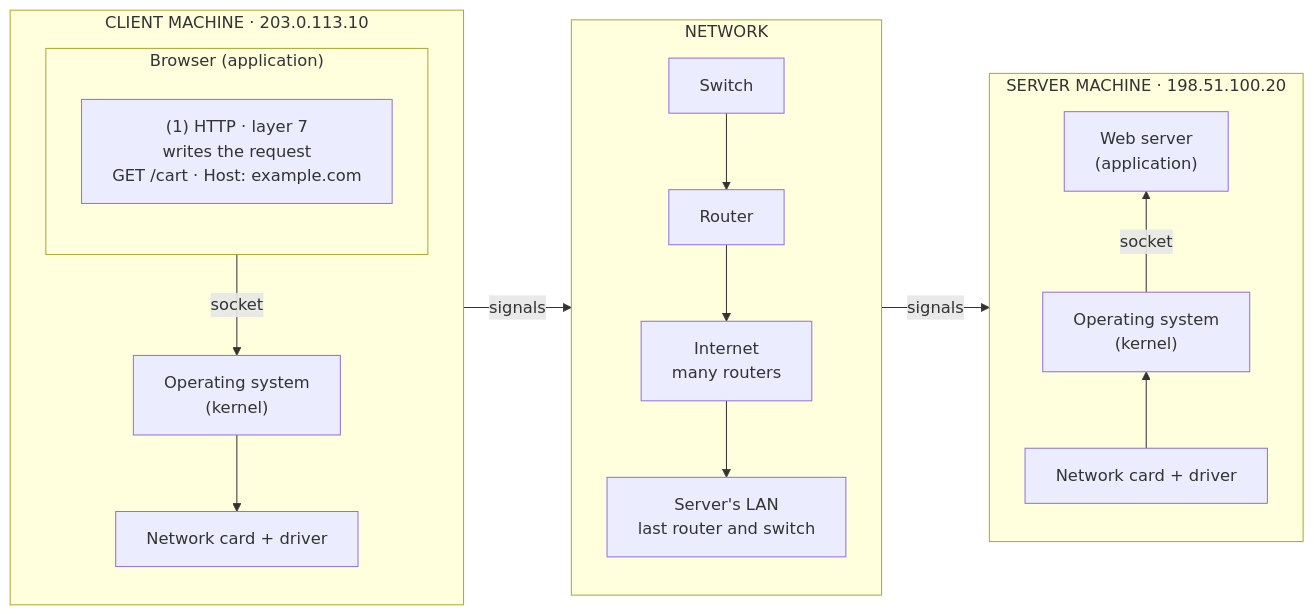
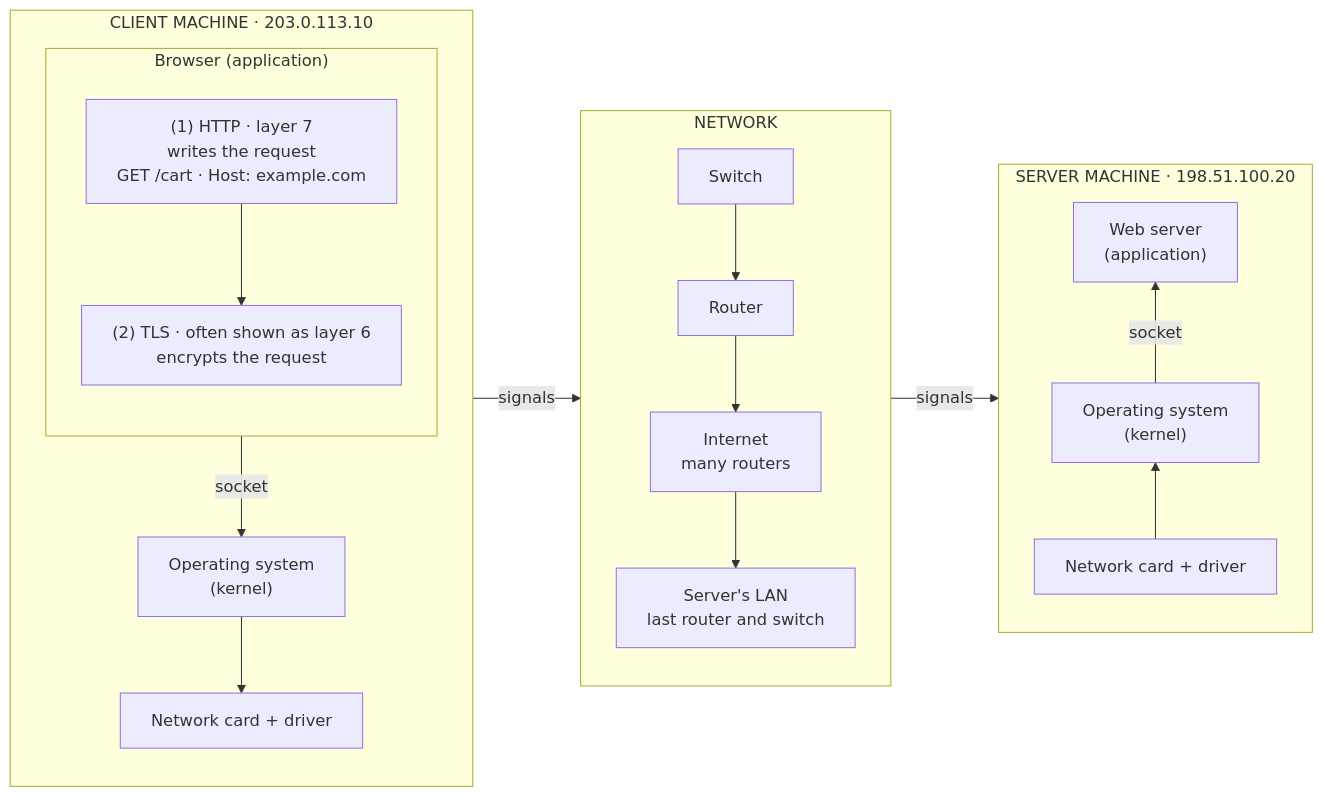
One commit to AndresLopezEsquivel/AWS changed the diagram in topics/networking/networking-fundamentals/https-request-journey.md. Above: the diagram before and after it, drawn with Mermaid. The commit also changed other lines of this file and 1 other file, not shown here.

First line of the commit message:
docs(networking): add step 2 (TLS) to the HTTPS request journey

````diff
--- a/topics/networking/networking-fundamentals/https-request-journey.md
+++ b/topics/networking/networking-fundamentals/https-request-journey.md
@@ -12,26 +12,26 @@
 ```mermaid
 %%{init: {"flowchart": {"wrappingWidth": 420}}}%%
 flowchart LR
     subgraph CLIENT ["CLIENT MACHINE · 203.0.113.10"]
         direction TB
         subgraph C_APP ["Browser (application)"]
             direction TB
-            J1["(1) HTTP · layer 7<br/>writes the request<br/>GET /cart · Host: example.com"]
+            J1["(1) HTTP · layer 7<br/>writes the request<br/>GET /cart · Host: example.com"] --> J2["(2) TLS · often shown as layer 6<br/>encrypts the request"]
         end
         C_OS["Operating system<br/>(kernel)"]
         C_NIC["Network card + driver"]
         C_APP -- socket --> C_OS --> C_NIC
     end
 
     subgraph NET ["NETWORK"]
         direction TB
         SW["Switch"] --> R1["Router"] --> INET["Internet<br/>many routers"] --> LAN["Server's LAN<br/>last router and switch"]
     end
 
     subgraph SERVER ["SERVER MACHINE · 198.51.100.20"]
         direction BT
         S_NIC["Network card + driver"] --> S_OS["Operating system<br/>(kernel)"] -- socket --> S_APP["Web server<br/>(application)"]
     end
 
     CLIENT -- signals --> NET -- signals --> SERVER
 ```
````
